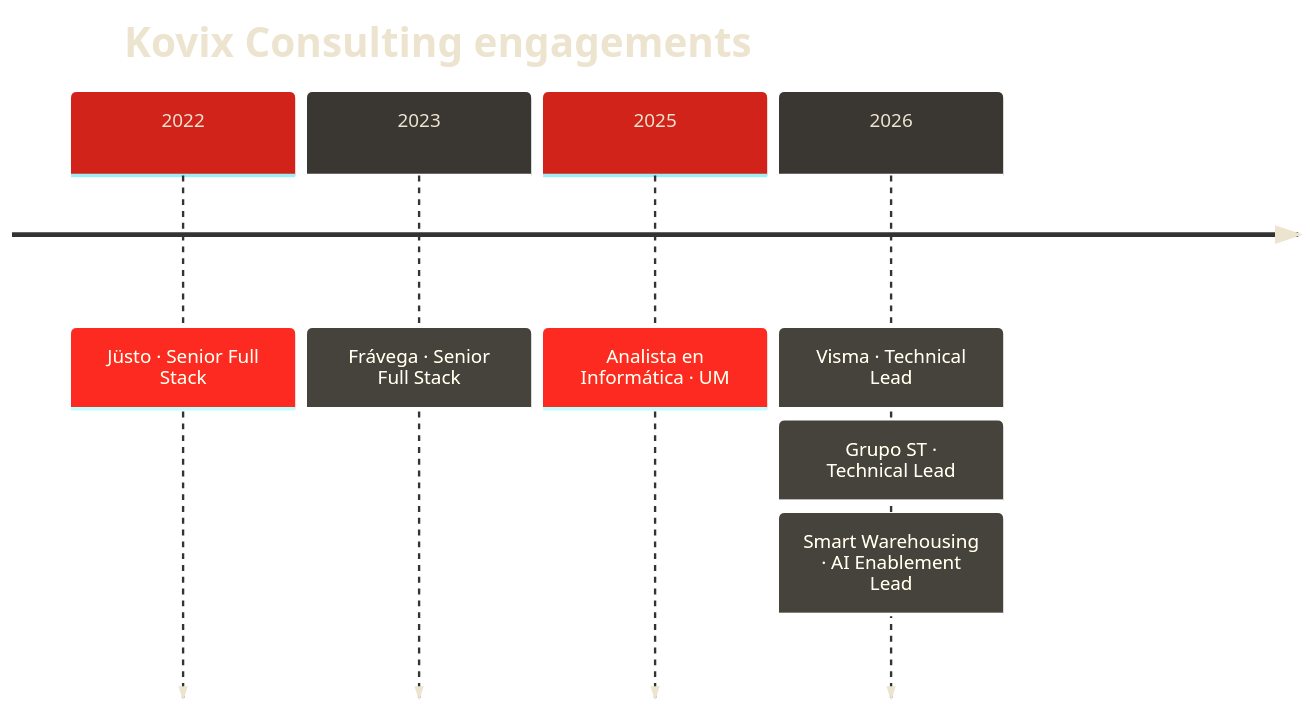
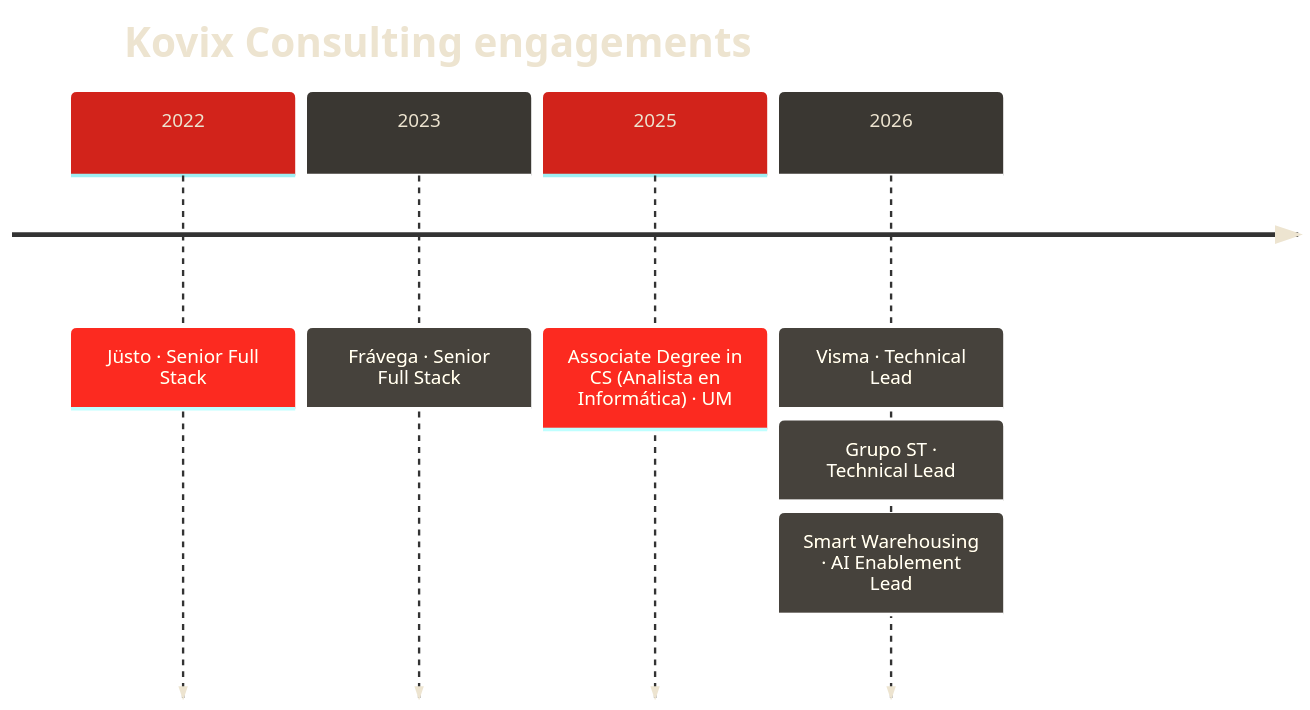
The second of 2 diagrams in README.md (NahuelMosse/NahuelMosse), drawn with Mermaid before and after one commit. The commit also changed other lines of this file and 20 other files, not shown here.

````diff
--- a/README.md
+++ b/README.md
@@ -253,11 +252,11 @@
 ```mermaid
 %%{init: {"theme":"base","themeVariables":{"cScale0":"#d2231b","cScaleLabel0":"#ede4d0","cScale1":"#3a3732","cScaleLabel1":"#ede4d0","cScale2":"#d2231b","cScaleLabel2":"#ede4d0","cScale3":"#3a3732","cScaleLabel3":"#ede4d0","cScale4":"#d2231b","cScaleLabel4":"#ede4d0","titleColor":"#ede4d0","textColor":"#ede4d0"}}}%%
 timeline
     title Kovix Consulting engagements
     2022 : Jüsto · Senior Full Stack
     2023 : Frávega · Senior Full Stack
-    2025 : Analista en Informática · UM
+    2025 : Associate Degree in CS (Analista en Informática) · UM
     2026 : Visma · Technical Lead
          : Grupo ST · Technical Lead
          : Smart Warehousing · AI Enablement Lead
 ```
````
